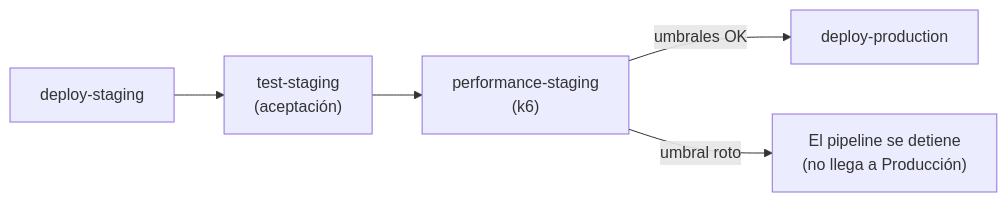
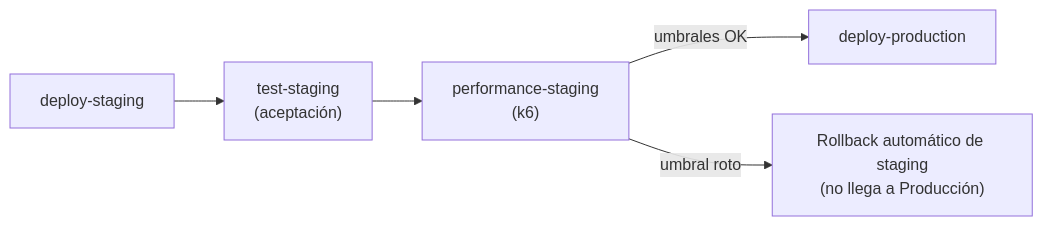
The diagram in docs/modificaciones/02-pruebas-de-rendimiento.md (SantiagoAlvP/proyecto_passforge), drawn with Mermaid before and after one commit. The commit also changed other lines of this file and 4 other files, not shown here.

````diff
--- a/docs/modificaciones/02-pruebas-de-rendimiento.md
+++ b/docs/modificaciones/02-pruebas-de-rendimiento.md
@@ -19,7 +19,7 @@
 ```mermaid
 flowchart LR
     ds["deploy-staging"] --> ts["test-staging<br/>(aceptación)"]
     ts --> perf["performance-staging<br/>(k6)"]
     perf -->|umbrales OK| dp["deploy-production"]
-    perf -->|umbral roto| stop["El pipeline se detiene<br/>(no llega a Producción)"]
+    perf -->|umbral roto| stop["Rollback automático de staging<br/>(no llega a Producción)"]
 ```
````
